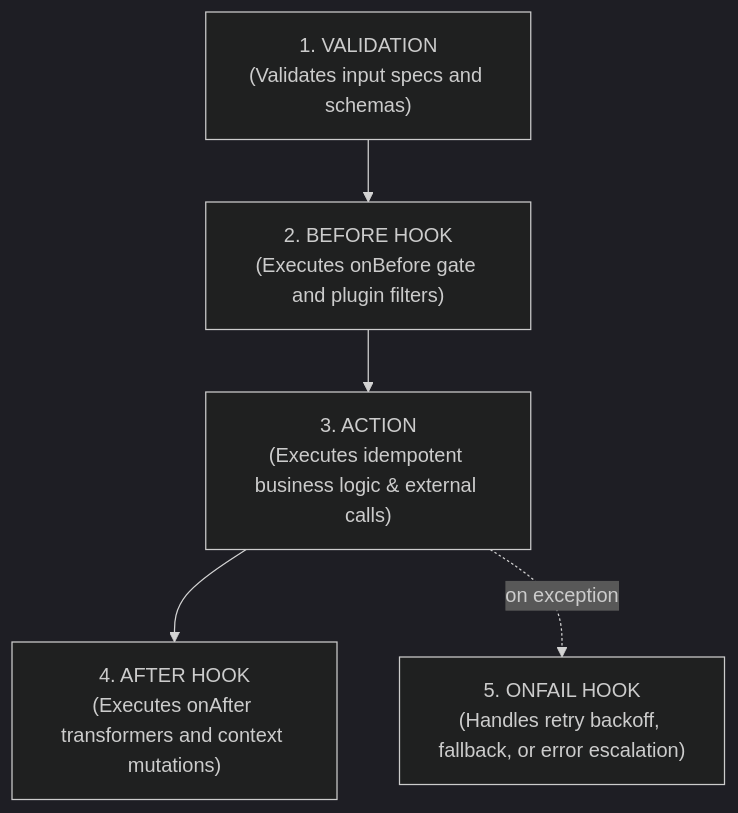
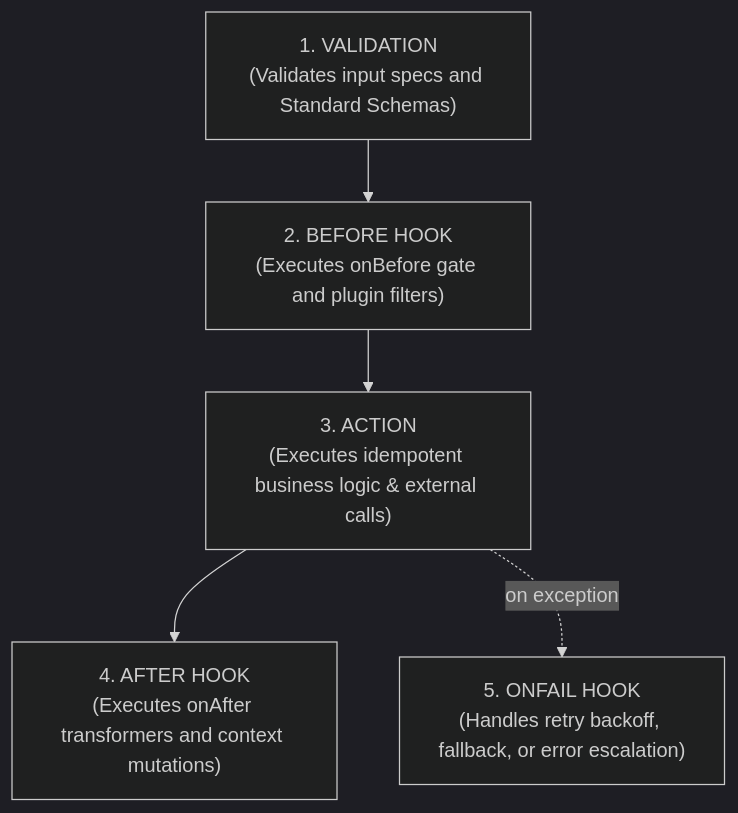
Before and after one commit to jsoftgem/siglo: the second of 2 diagrams in docs/02-core-concepts.md, drawn with Mermaid (dark theme). The commit also changed other lines of this file and 78 other files, not shown here.

````diff
--- a/docs/02-core-concepts.md
+++ b/docs/02-core-concepts.md
@@ -64,13 +71,13 @@
 ```mermaid
 flowchart TD
-    P1["1. VALIDATION<br/>(Validates input specs and schemas)"]
+    P1["1. VALIDATION<br/>(Validates input specs and Standard Schemas)"]
     P2["2. BEFORE HOOK<br/>(Executes onBefore gate and plugin filters)"]
     P3["3. ACTION<br/>(Executes idempotent business logic & external calls)"]
     P4["4. AFTER HOOK<br/>(Executes onAfter transformers and context mutations)"]
     P5["5. ONFAIL HOOK<br/>(Handles retry backoff, fallback, or error escalation)"]
 
     P1 --> P2
     P2 --> P3
     P3 --> P4
     P3 -.->|on exception| P5
 ```
````
